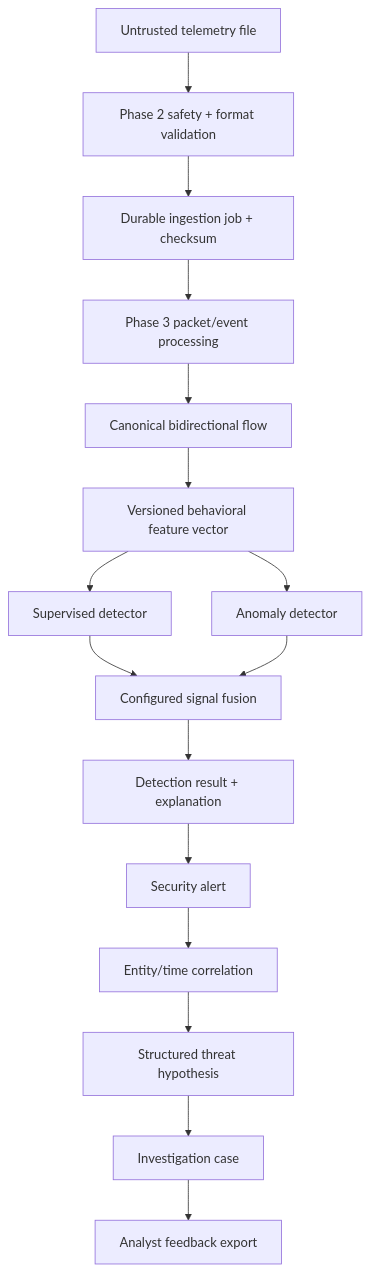
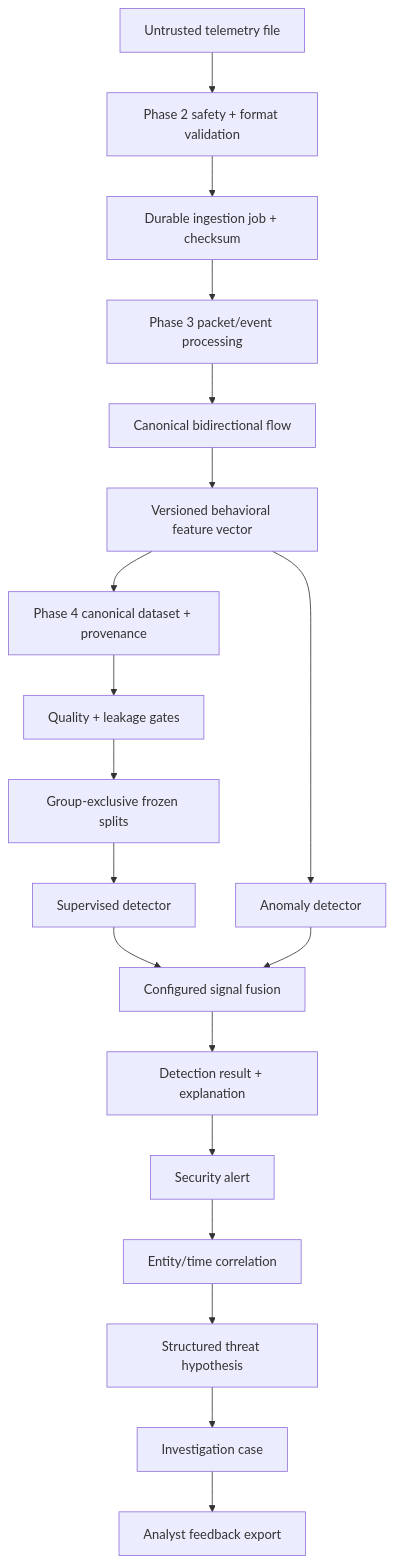
One commit to SaXingrui-UM/aegishunt changed the second of 4 diagrams in docs/architecture.md. Above: the diagram before and after it, drawn with Mermaid. The commit also changed other lines of this file and 49 other files, not shown here.

First line of the commit message:
[Phase 04] Dataset registry and quality (#11)

````diff
--- a/docs/architecture.md
+++ b/docs/architecture.md
@@ -54,18 +56,21 @@
 ```mermaid
 flowchart TD
     Input["Untrusted telemetry file"] --> Boundary["Phase 2 safety + format validation"]
     Boundary --> Job["Durable ingestion job + checksum"]
     Job --> Packet["Phase 3 packet/event processing"]
     Packet --> Flow["Canonical bidirectional flow"]
     Flow --> Feature["Versioned behavioral feature vector"]
-    Feature --> Supervised["Supervised detector"]
+    Feature --> Dataset["Phase 4 canonical dataset + provenance"]
+    Dataset --> Quality["Quality + leakage gates"]
+    Quality --> Split["Group-exclusive frozen splits"]
+    Split --> Supervised["Supervised detector"]
     Feature --> Anomaly["Anomaly detector"]
     Supervised --> Fusion["Configured signal fusion"]
     Anomaly --> Fusion
     Fusion --> Detection["Detection result + explanation"]
     Detection --> Alert["Security alert"]
     Alert --> Correlation["Entity/time correlation"]
     Correlation --> Hypothesis["Structured threat hypothesis"]
     Hypothesis --> Case["Investigation case"]
     Case --> Feedback["Analyst feedback export"]
 ```
````
